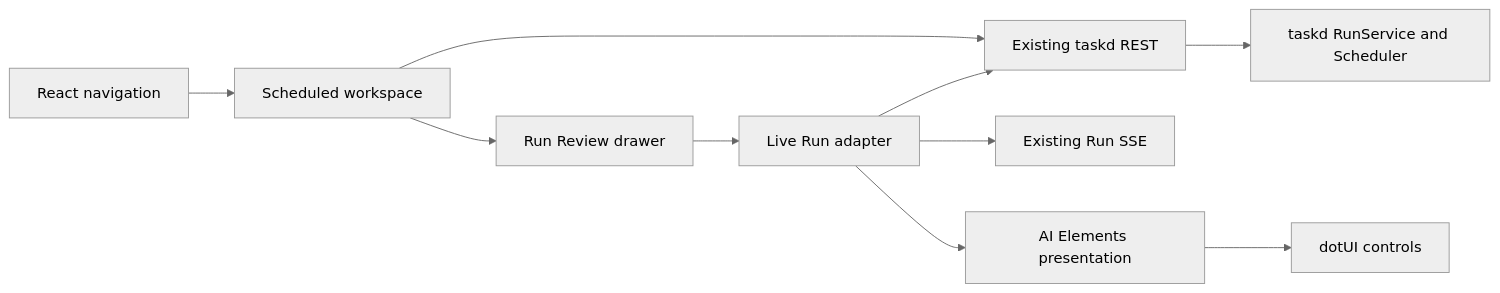
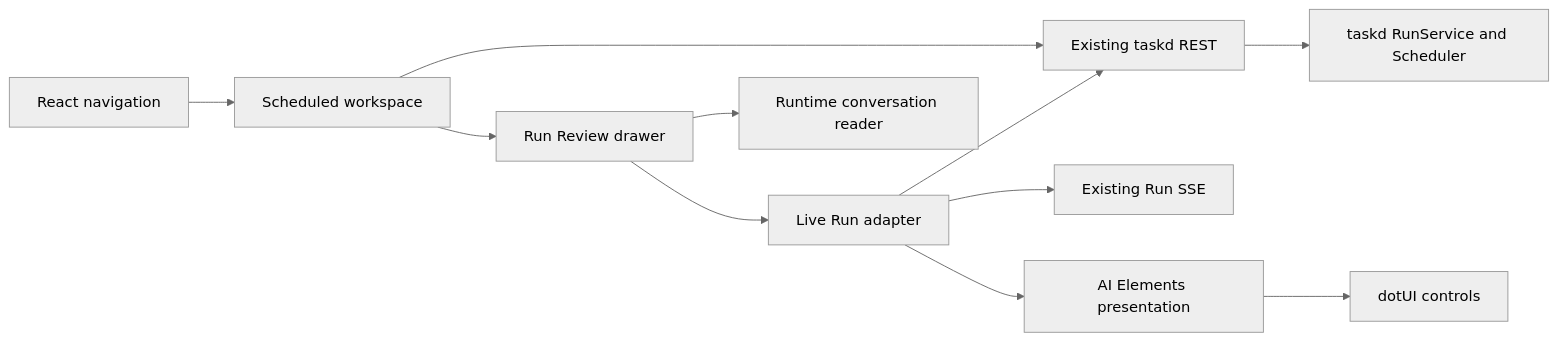
Before and after one commit to joisun/tasks-recorder: the diagram in docs/superpowers/specs/2026-08-28-react-scheduled-agent-elements-design.md, drawn with Mermaid (neutral theme). The commit also changed other lines of this file and 3 other files, not shown here.

````diff
--- a/docs/superpowers/specs/2026-08-28-react-scheduled-agent-elements-design.md
+++ b/docs/superpowers/specs/2026-08-28-react-scheduled-agent-elements-design.md
@@ -50,12 +51,13 @@
 ```mermaid
 flowchart LR
   NAV[React navigation] --> SCHEDULED[Scheduled workspace]
   SCHEDULED --> API[Existing taskd REST]
   SCHEDULED --> REVIEW[Run Review drawer]
   REVIEW --> LIVE[Live Run adapter]
+  REVIEW --> HISTORY[Runtime conversation reader]
   LIVE --> SSE[Existing Run SSE]
   LIVE --> API
   LIVE --> ELEMENTS[AI Elements presentation]
   ELEMENTS --> DOTUI[dotUI controls]
   API --> TASKD[taskd RunService and Scheduler]
 ```
````
